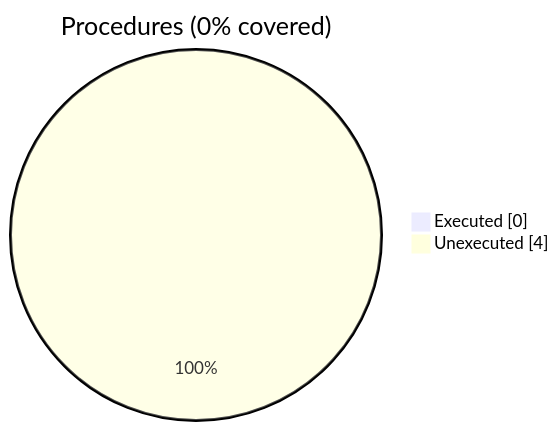
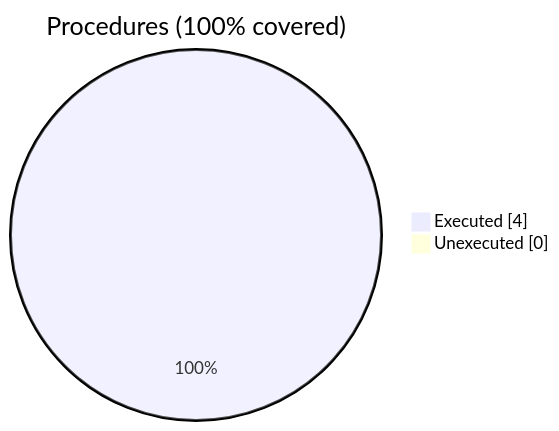
One commit to szaghi/VTKFortran changed the second of 2 diagrams in docs/guide/vtk_fortran_vtk_file.f90.gcov.md. Above: the diagram before and after it, drawn with Mermaid. The commit also changed other lines of this file and 9 other files, not shown here.

````diff
--- a/docs/guide/vtk_fortran_vtk_file.f90.gcov.md
+++ b/docs/guide/vtk_fortran_vtk_file.f90.gcov.md
@@ -24,6 +24,6 @@
 ```mermaid
 pie showData
-    title Procedures (0% covered)
-    "Executed" : 0
-    "Unexecuted" : 4
+    title Procedures (100% covered)
+    "Executed" : 4
+    "Unexecuted" : 0
 ```
````
